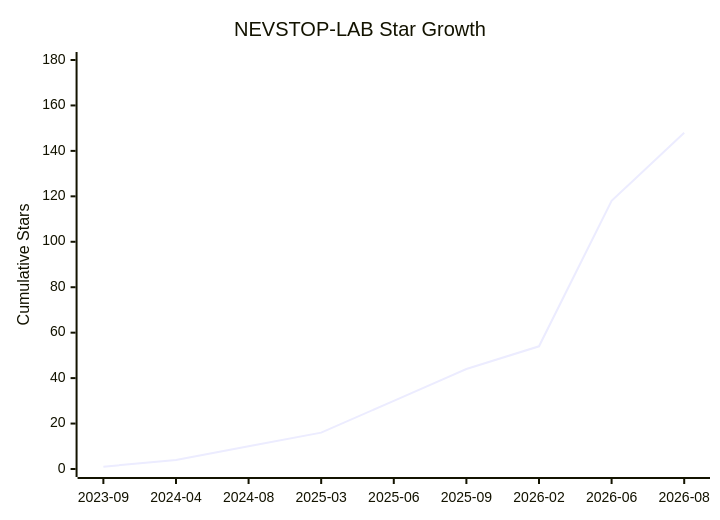
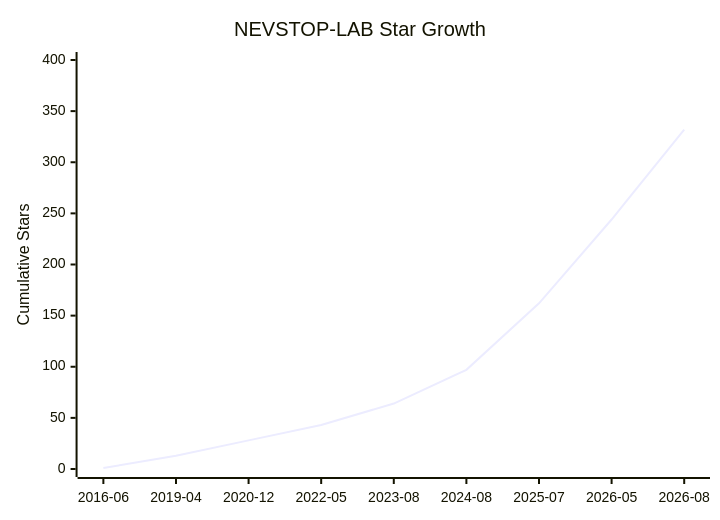
One commit to NEVSTOP-LAB/.github changed the diagram in Star-History.md. Above: the diagram before and after it, drawn with Mermaid. The commit also changed other lines of this file and 2 other files, not shown here.

````diff
--- a/Star-History.md
+++ b/Star-History.md
@@ -8,7 +8,7 @@
 ```mermaid
 xychart-beta
     title "NEVSTOP-LAB Star Growth"
-    x-axis ["2023-09", "2024-04", "2024-08", "2025-03", "2025-06", "2025-09", "2026-02", "2026-06", "2026-08"]
-    y-axis "Cumulative Stars" 0 --> 180
-    line [1, 4, 10, 16, 30, 44, 54, 118, 148]
+    x-axis ["2016-06", "2019-04", "2020-12", "2022-05", "2023-08", "2024-08", "2025-07", "2026-05", "2026-08"]
+    y-axis "Cumulative Stars" 0 --> 400
+    line [1, 13, 28, 43, 64, 97, 162, 244, 332]
 ```
````
